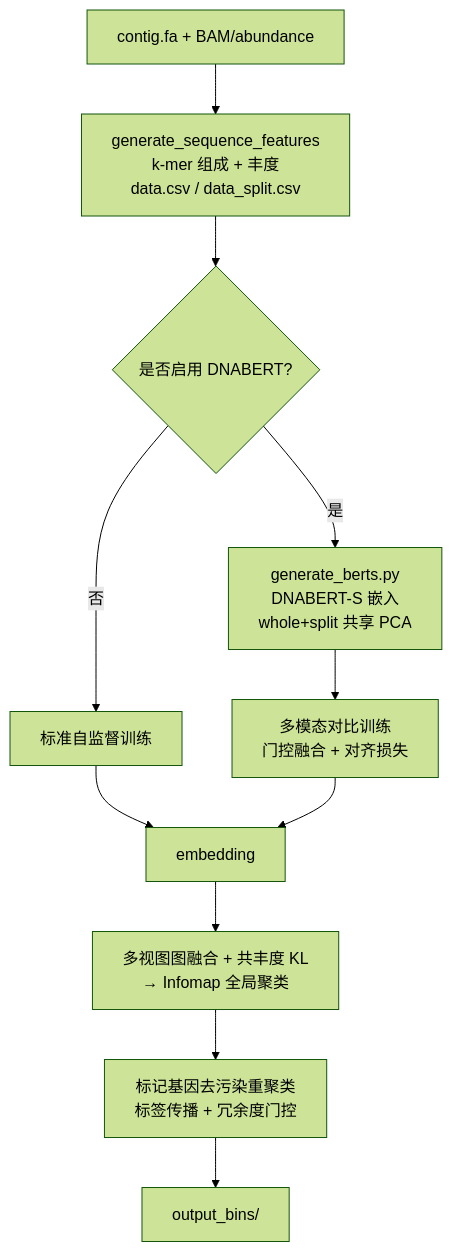
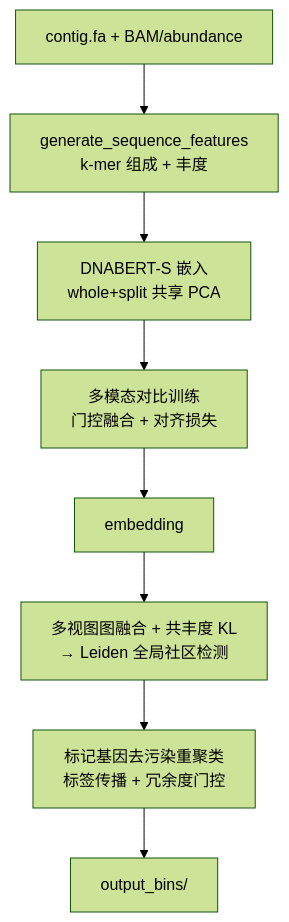
One commit to dengdengf/test_bin changed the diagram in README.md. Above: the diagram before and after it, drawn with Mermaid (forest theme). The commit also changed other lines of this file and 12 other files, not shown here.

First line of the commit message:
DNABERT always-on + replace Infomap with Leiden

````diff
--- a/README.md
+++ b/README.md
@@ -32,13 +32,10 @@
 ```mermaid
 flowchart TD
-    A[contig.fa + BAM/abundance] --> B[generate_sequence_features<br/>k-mer 组成 + 丰度<br/>data.csv / data_split.csv]
-    B --> C{是否启用 DNABERT?}
-    C -- 是 --> D[generate_berts.py<br/>DNABERT-S 嵌入<br/>whole+split 共享 PCA]
-    C -- 否 --> E[标准自监督训练]
+    A[contig.fa + BAM/abundance] --> B[generate_sequence_features<br/>k-mer 组成 + 丰度]
+    B --> D[DNABERT-S 嵌入<br/>whole+split 共享 PCA]
     D --> F[多模态对比训练<br/>门控融合 + 对齐损失]
-    E --> G[embedding]
-    F --> G
-    G --> H[多视图图融合 + 共丰度 KL<br/>→ Infomap 全局聚类]
+    F --> G[embedding]
+    G --> H[多视图图融合 + 共丰度 KL<br/>→ Leiden 全局社区检测]
     H --> I[标记基因去污染重聚类<br/>标签传播 + 冗余度门控]
     I --> J[output_bins/]
 ```
````
